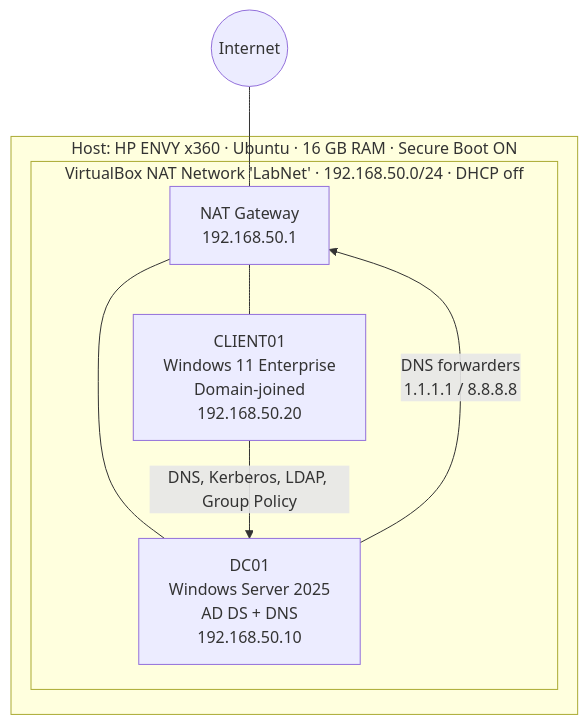
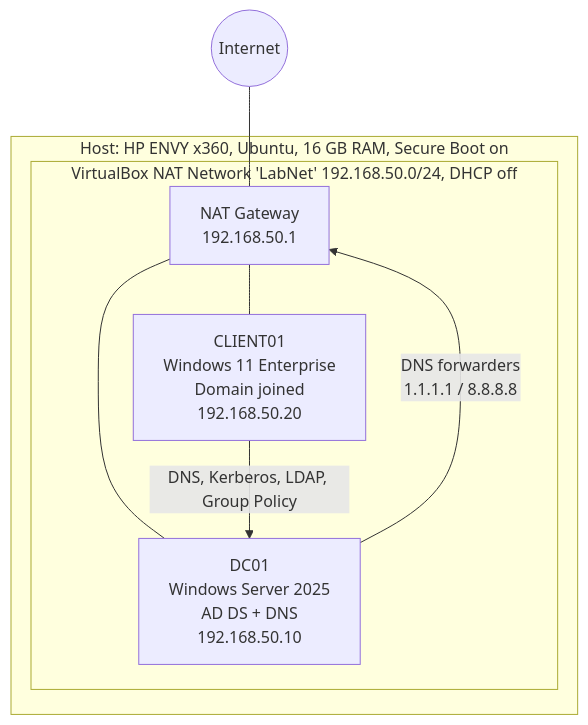
One commit to sabesenp/ad-security-homelab changed the diagram in README.md. Above: the diagram before and after it, drawn with Mermaid. The commit also changed other lines of this file, not shown here.

````diff
--- a/README.md
+++ b/README.md
@@ -11,16 +9,16 @@
 ```mermaid
 flowchart TB
     NET((Internet))
-    subgraph HOST["Host: HP ENVY x360 · Ubuntu · 16 GB RAM · Secure Boot ON"]
-        subgraph LABNET["VirtualBox NAT Network 'LabNet' · 192.168.50.0/24 · DHCP off"]
+    subgraph HOST["Host: HP ENVY x360, Ubuntu, 16 GB RAM, Secure Boot on"]
+        subgraph LABNET["VirtualBox NAT Network 'LabNet' 192.168.50.0/24, DHCP off"]
             GW["NAT Gateway<br/>192.168.50.1"]
             DC["DC01<br/>Windows Server 2025<br/>AD DS + DNS<br/>192.168.50.10"]
-            CL["CLIENT01<br/>Windows 11 Enterprise<br/>Domain-joined<br/>192.168.50.20"]
+            CL["CLIENT01<br/>Windows 11 Enterprise<br/>Domain joined<br/>192.168.50.20"]
         end
     end
     NET --- GW
     GW --- DC
     GW --- CL
     CL -- "DNS, Kerberos, LDAP, Group Policy" --> DC
     DC -- "DNS forwarders<br/>1.1.1.1 / 8.8.8.8" --> GW
 ```
````
